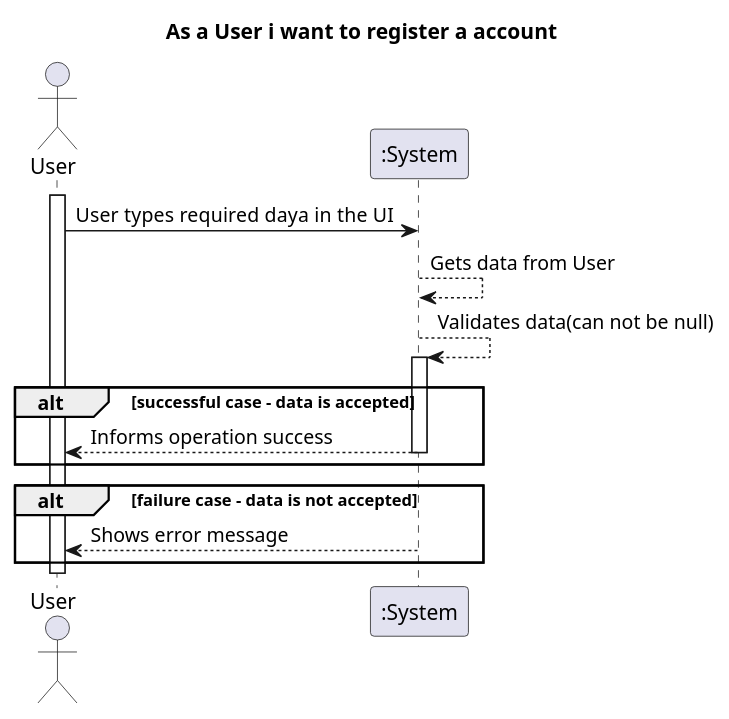
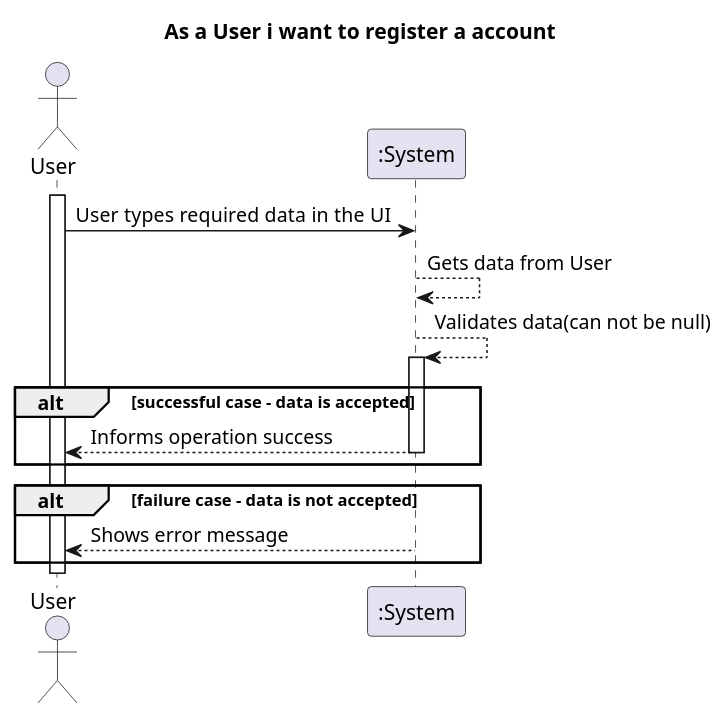
Before and after one commit to IsepMartimOliveira/DSSMV_ProjectDroid_1181754: the diagram in Documents/US/US01/SSD.puml, drawn with PlantUML. The commit also changed 23 other files, not shown here.

```diff
--- a/Documents/US/US01/SSD.puml
+++ b/Documents/US/US01/SSD.puml
@@ -1,24 +1,24 @@
 @startuml
 'https://plantuml.com/sequence-diagram
 actor "User" as MD
 title As a User i want to register a account
 
 activate MD
-MD -> ":System" : User types  required daya in the UI
+MD -> ":System" : User types  required data in the UI
 ":System" --> ":System" : Gets data from User
 ":System" --> ":System" : Validates data(can not be null)
 alt successful case - data is accepted
 activate ":System"
 ":System" --> MD : Informs operation success
 deactivate ":System"
 
 end
 
 alt failure case - data is not accepted
 activate ":System"
 ":System" --> MD : Shows error message
 deactivate ":System"
 
 end
 deactivate MD
 @enduml
```
